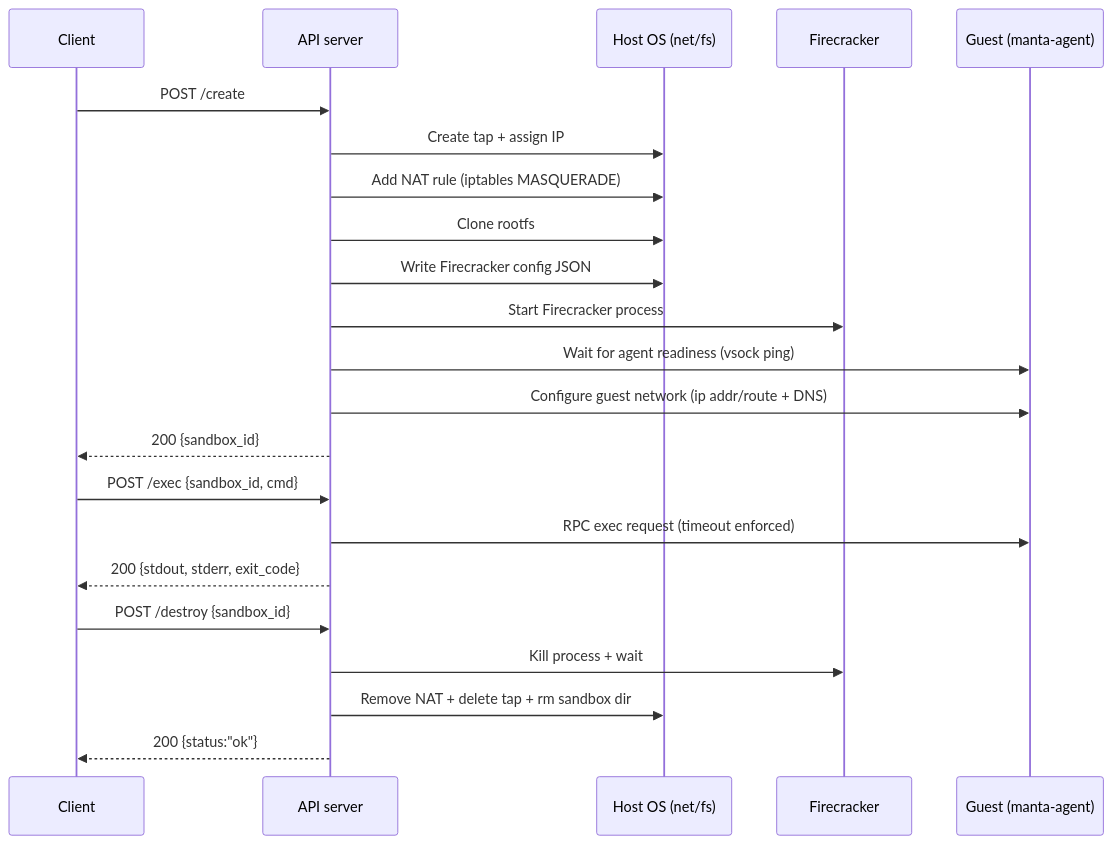
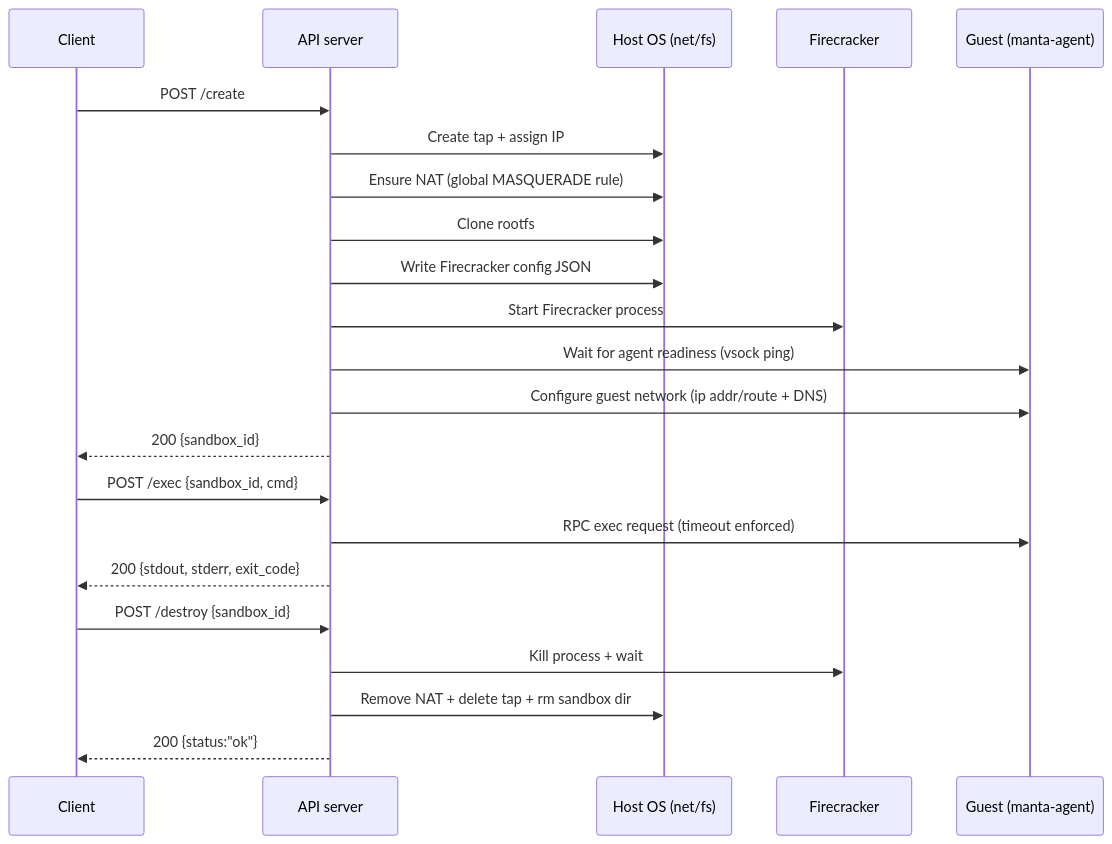
One commit to jy-tan/manta changed the second of 2 diagrams in docs/architecture.md. Above: the diagram before and after it, drawn with Mermaid. The commit also changed other lines of this file and 11 other files, not shown here.

````diff
--- a/docs/architecture.md
+++ b/docs/architecture.md
@@ -80,27 +80,27 @@
 ```mermaid
 sequenceDiagram
   participant C as Client
   participant S as API server
   participant H as Host OS (net/fs)
   participant F as Firecracker
   participant G as Guest (manta-agent)
 
   C->>S: POST /create
   S->>H: Create tap + assign IP
-  S->>H: Add NAT rule (iptables MASQUERADE)
+  S->>H: Ensure NAT (global MASQUERADE rule)
   S->>H: Clone rootfs
   S->>H: Write Firecracker config JSON
   S->>F: Start Firecracker process
   S->>G: Wait for agent readiness (vsock ping)
   S->>G: Configure guest network (ip addr/route + DNS)
   S-->>C: 200 {sandbox_id}
 
   C->>S: POST /exec {sandbox_id, cmd}
   S->>G: RPC exec request (timeout enforced)
   S-->>C: 200 {stdout, stderr, exit_code}
 
   C->>S: POST /destroy {sandbox_id}
   S->>F: Kill process + wait
   S->>H: Remove NAT + delete tap + rm sandbox dir
   S-->>C: 200 {status:"ok"}
 ```
````
